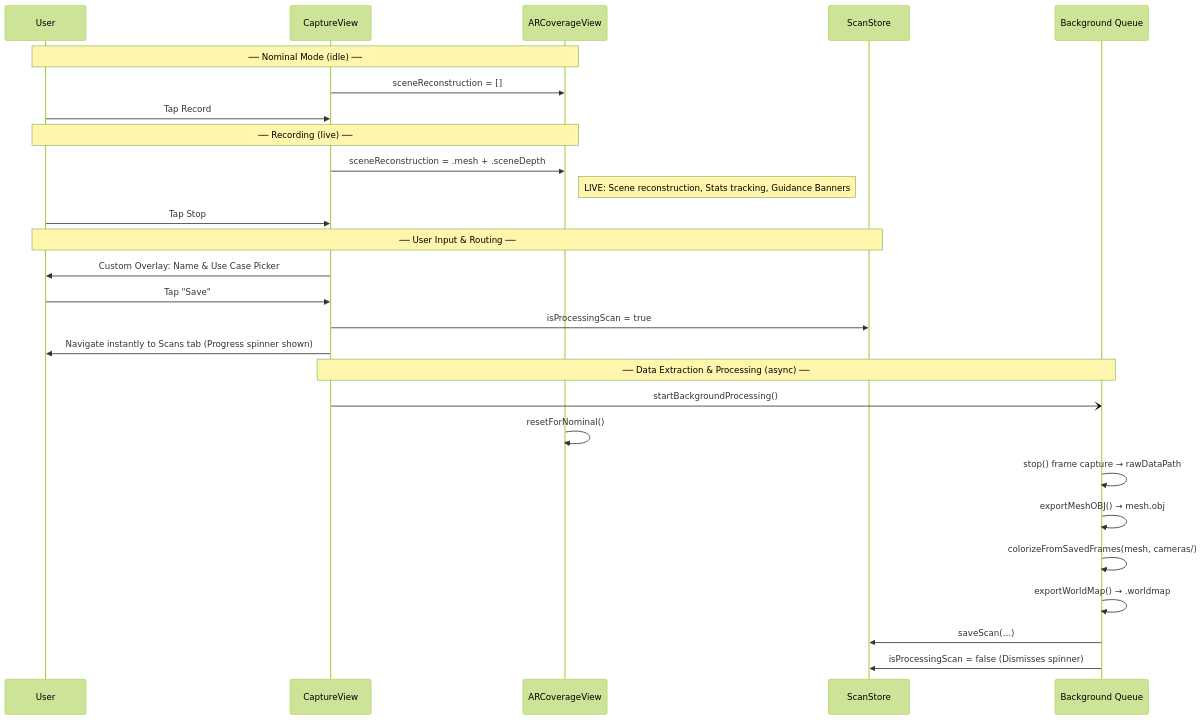
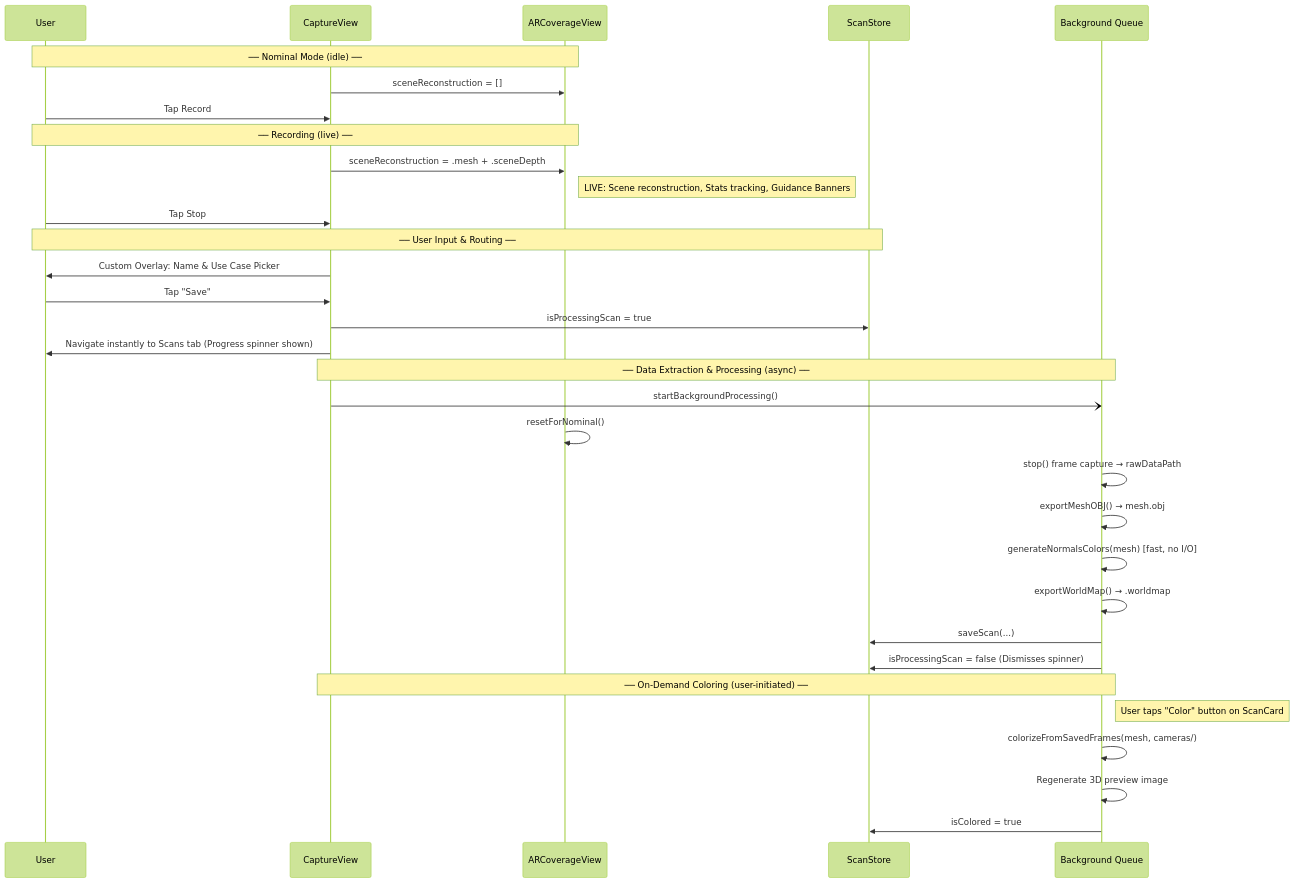
One commit to WiseLabCMU/wisescan-ios changed the third of 6 diagrams in REQUIREMENTS.md. Above: the diagram before and after it, drawn with Mermaid (forest theme). The commit also changed other lines of this file and 1 other file, not shown here.

````diff
--- a/REQUIREMENTS.md
+++ b/REQUIREMENTS.md
@@ -183,33 +185,39 @@
 ```mermaid
 sequenceDiagram
     participant U as User
     participant CV as CaptureView
     participant AR as ARCoverageView
     participant SS as ScanStore
     participant BG as Background Queue
 
     Note over U,AR: ── Nominal Mode (idle) ──
     CV->>AR: sceneReconstruction = []
 
     U->>CV: Tap Record
     Note over U,AR: ── Recording (live) ──
     CV->>AR: sceneReconstruction = .mesh + .sceneDepth
     Note right of AR: LIVE: Scene reconstruction, Stats tracking, Guidance Banners
 
     U->>CV: Tap Stop
     Note over U,SS: ── User Input & Routing ──
     CV->>U: Custom Overlay: Name & Use Case Picker
     U->>CV: Tap "Save"
     CV->>SS: isProcessingScan = true
     CV->>U: Navigate instantly to Scans tab (Progress spinner shown)
 
     Note over CV,BG: ── Data Extraction & Processing (async) ──
     CV-)BG: startBackgroundProcessing()
     AR->>AR: resetForNominal()
     BG->>BG: stop() frame capture → rawDataPath
     BG->>BG: exportMeshOBJ() → mesh.obj
-    BG->>BG: colorizeFromSavedFrames(mesh, cameras/)
+    BG->>BG: generateNormalsColors(mesh) [fast, no I/O]
     BG->>BG: exportWorldMap() → .worldmap
     BG->>SS: saveScan(...)
     BG->>SS: isProcessingScan = false (Dismisses spinner)
+
+    Note over CV,BG: ── On-Demand Coloring (user-initiated) ──
+    Note right of BG: User taps "Color" button on ScanCard
+    BG->>BG: colorizeFromSavedFrames(mesh, cameras/)
+    BG->>BG: Regenerate 3D preview image
+    BG->>SS: isColored = true
 ```
````
